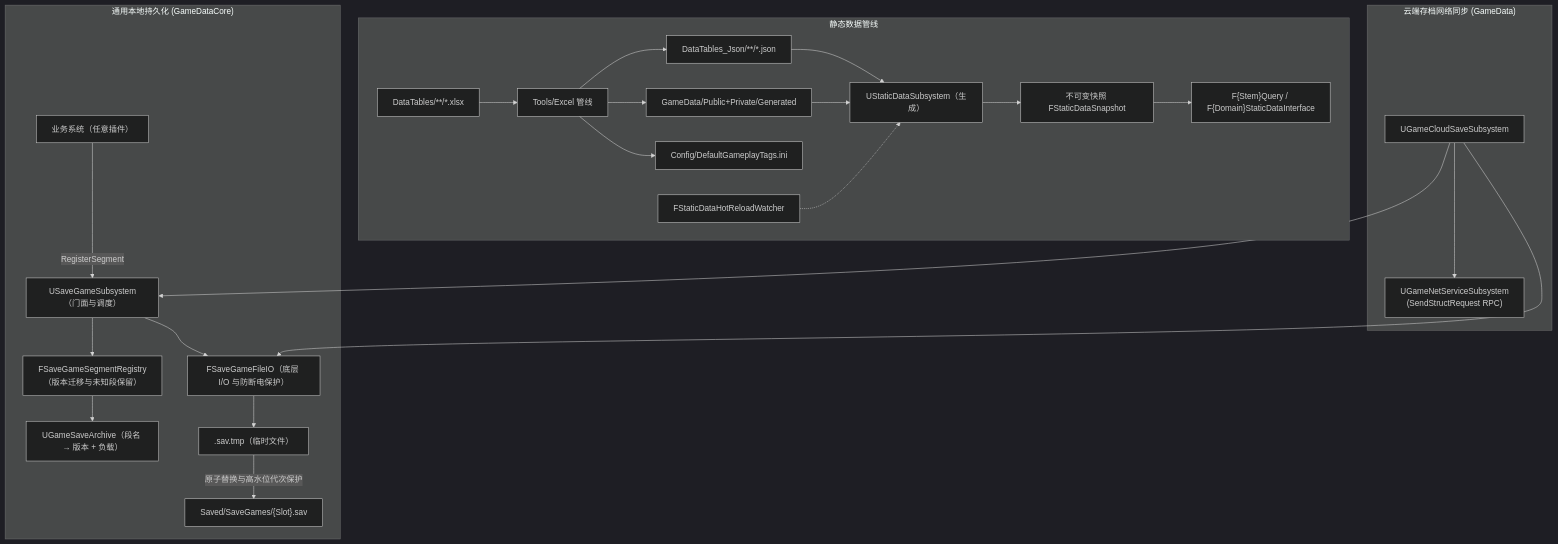
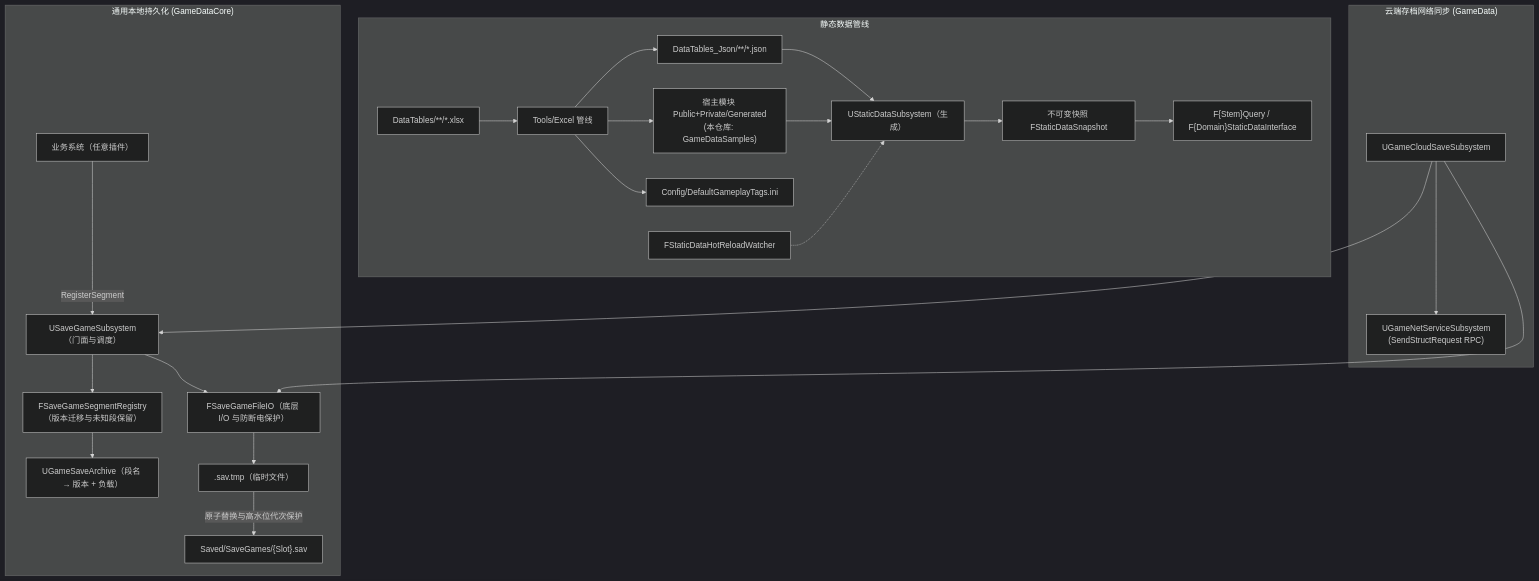
One commit to YIice-cwj/ue5-toolkit changed the diagram in Plugins/GameData/Docs/Architecture/Overview.md. Above: the diagram before and after it, drawn with Mermaid (dark theme). The commit also changed other lines of this file and 87 other files, not shown here.

````diff
--- a/Plugins/GameData/Docs/Architecture/Overview.md
+++ b/Plugins/GameData/Docs/Architecture/Overview.md
@@ -13,29 +13,29 @@
 ```mermaid
 graph TD
     subgraph StaticData["静态数据管线"]
         Excel["DataTables/**/*.xlsx"] --> Pipeline["Tools/Excel 管线"]
-        Pipeline --> Code["GameData/Public+Private/Generated"]
+        Pipeline --> Code["宿主模块 Public+Private/Generated<br>(本仓库: GameDataSamples)"]
         Pipeline --> Json["DataTables_Json/**/*.json"]
         Pipeline --> Tags["Config/DefaultGameplayTags.ini"]
         Json --> Subsystem["UStaticDataSubsystem（生成）"]
         Code --> Subsystem
         Subsystem --> Snapshot["不可变快照 FStaticDataSnapshot"]
         Snapshot --> Query["F{Stem}Query / F{Domain}StaticDataInterface"]
         Watcher["FStaticDataHotReloadWatcher"] -.-> Subsystem
     end
 
     subgraph Persistence["通用本地持久化 (GameDataCore)"]
         Business["业务系统（任意插件）"] -->|RegisterSegment| SaveSys["USaveGameSubsystem（门面与调度）"]
         SaveSys --> Registry["FSaveGameSegmentRegistry（版本迁移与未知段保留）"]
         Registry --> Archive["UGameSaveArchive（段名 → 版本 + 负载）"]
         SaveSys --> FileIO["FSaveGameFileIO（底层 I/O 与防断电保护）"]
         FileIO --> Temp[".sav.tmp（临时文件）"]
         Temp -->|原子替换与高水位代次保护| Disk["Saved/SaveGames/{Slot}.sav"]
     end
 
     subgraph CloudSync["云端存档网络同步 (GameData)"]
         CloudSubsystem["UGameCloudSaveSubsystem"] --> FileIO
         CloudSubsystem --> SaveSys
         CloudSubsystem --> Net["UGameNetServiceSubsystem<br>(SendStructRequest RPC)"]
     end
 ```
````
